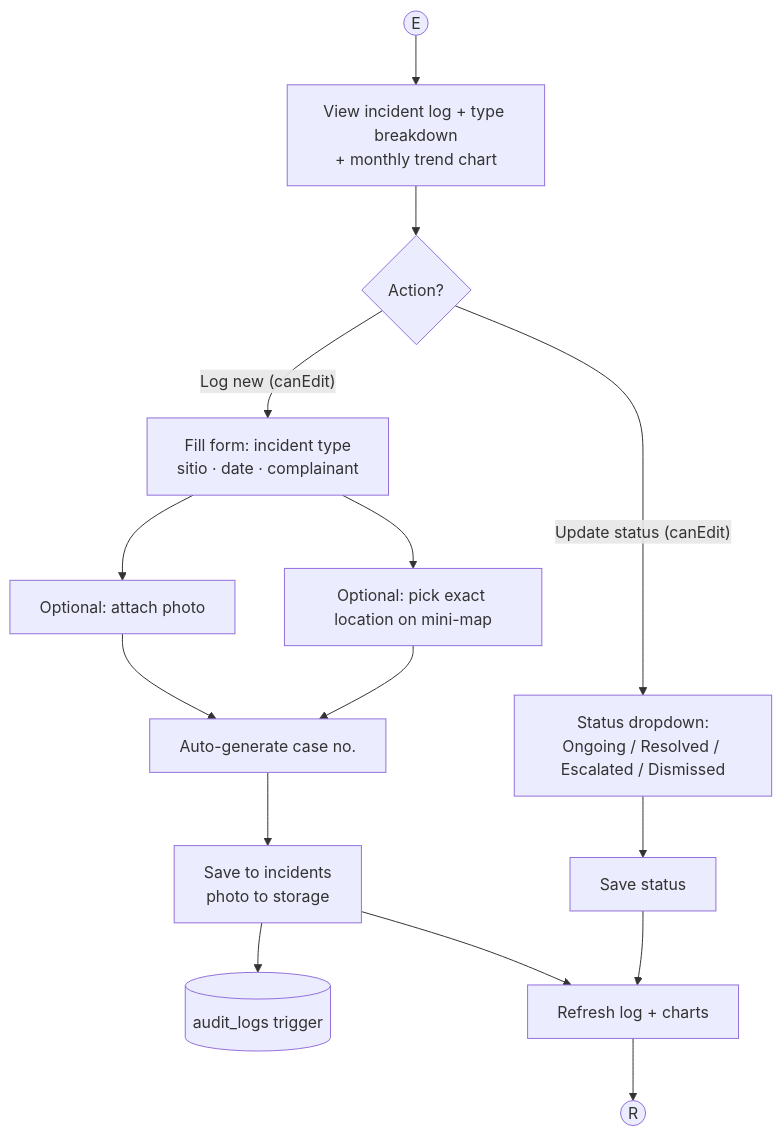
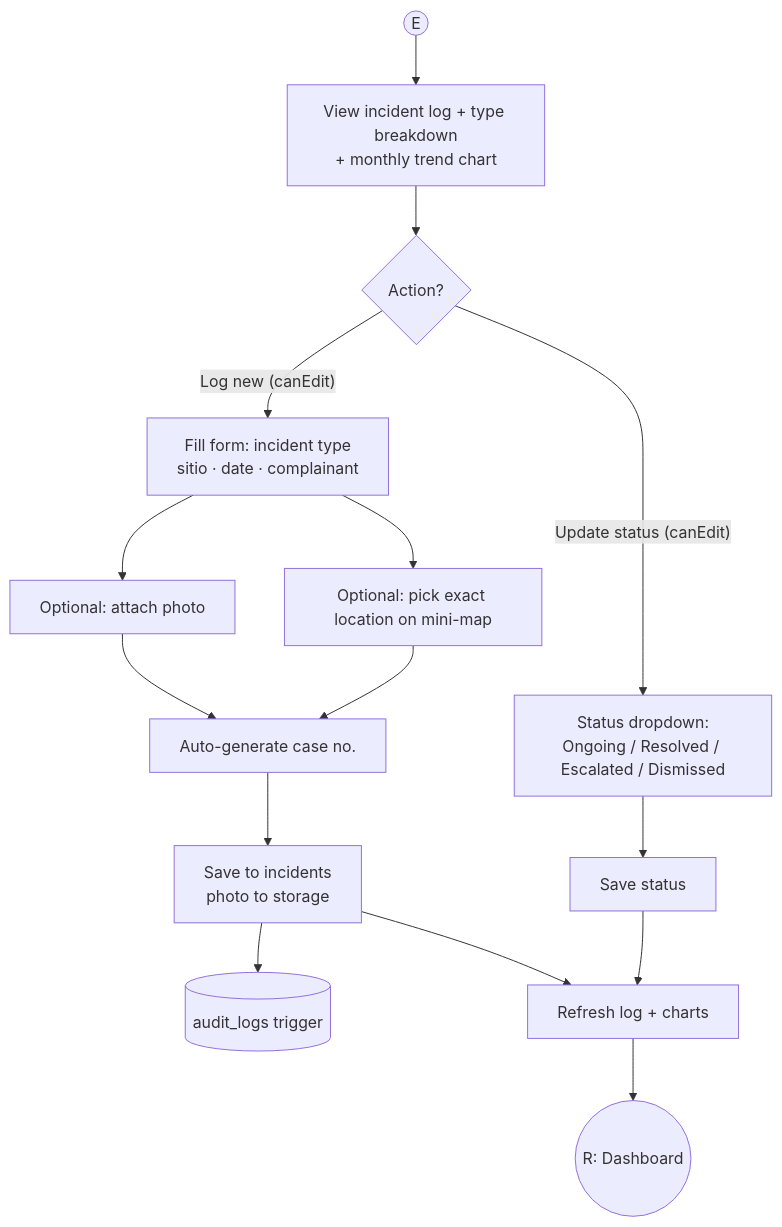
One commit to KellyEspera/protect changed the diagram in diagrams/modules/crime_incident.mmd. Above: the diagram before and after it, drawn with Mermaid. The commit also changed 32 other files, not shown here.

```diff
--- a/diagrams/modules/crime_incident.mmd
+++ b/diagrams/modules/crime_incident.mmd
@@ -1,17 +1,17 @@
 flowchart TD
     E((E)) --> View[View incident log + type breakdown<br/>+ monthly trend chart]
     View --> Act{Action?}
 
     Act -- "Log new (canEdit)" --> Form[Fill form: incident type<br/>sitio · date · complainant]
     Form --> Photo[Optional: attach photo]
     Form --> Loc[Optional: pick exact location on mini-map]
     Photo --> Gen[Auto-generate case no.]
     Loc --> Gen
     Gen --> Save[Save to incidents<br/>photo to storage]
     Save --> Audit[(audit_logs trigger)]
     Save --> Refresh[Refresh log + charts]
 
     Act -- "Update status (canEdit)" --> Status[Status dropdown:<br/>Ongoing / Resolved / Escalated / Dismissed]
     Status --> SaveS[Save status] --> Refresh
 
-    Refresh --> R((R))
+    Refresh --> R((R: Dashboard))
```
